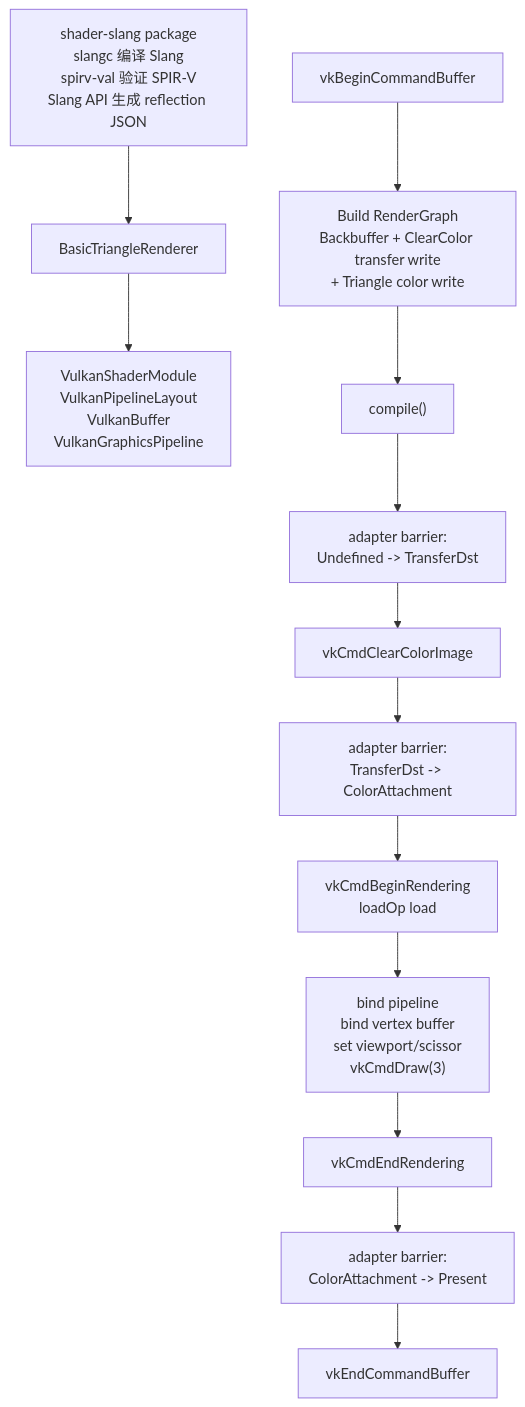
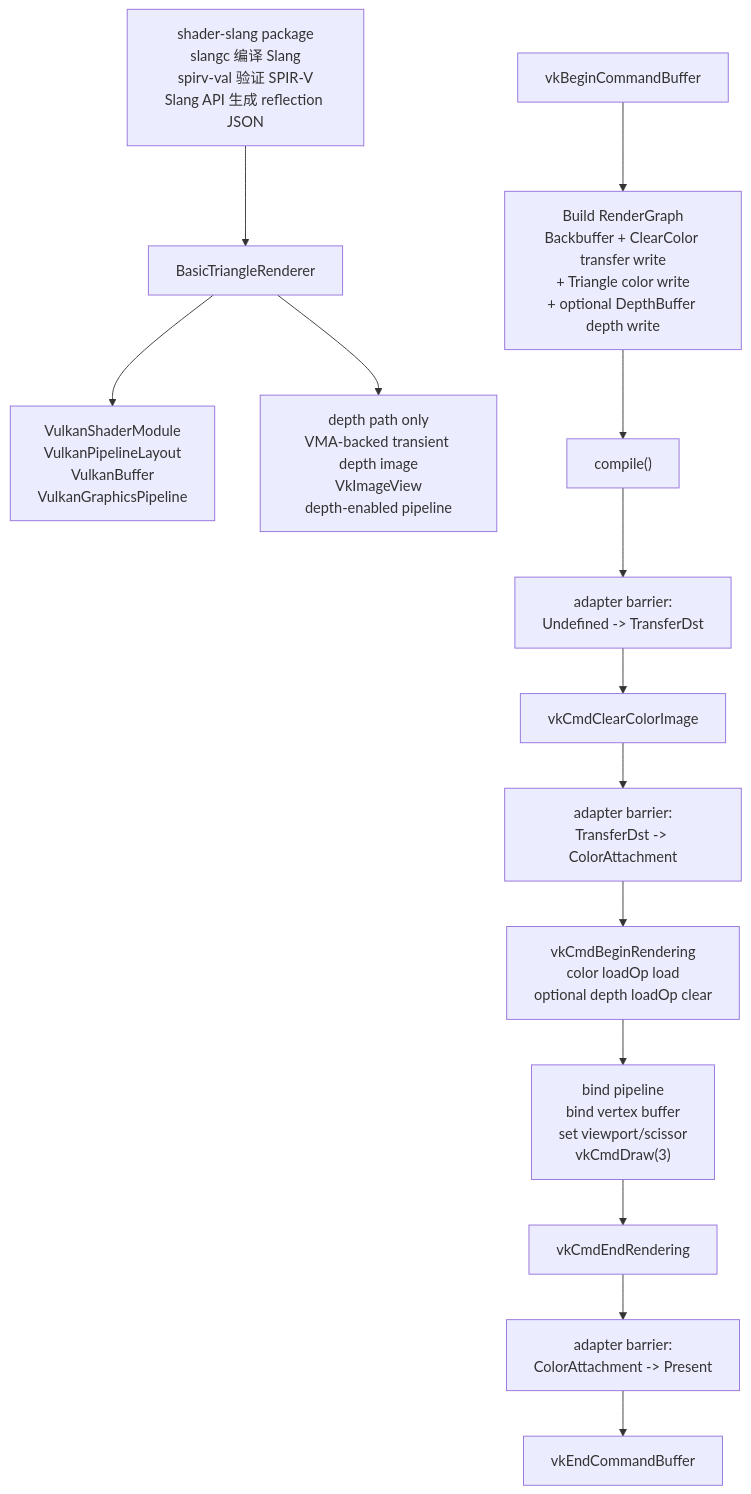
One commit to 66six11/Engine changed the sixth of 11 diagrams in docs/flow-architecture.md. Above: the diagram before and after it, drawn with Mermaid. The commit also changed other lines of this file and 8 other files, not shown here.

Commit message:
feat: add depth triangle smoke

````diff
--- a/docs/flow-architecture.md
+++ b/docs/flow-architecture.md
@@ -184,20 +193,22 @@
 ```mermaid
 flowchart TD
     ShaderBuild["shader-slang package<br/>slangc 编译 Slang<br/>spirv-val 验证 SPIR-V<br/>Slang API 生成 reflection JSON"]
     RendererObject["BasicTriangleRenderer"]
     PipelineObjects["VulkanShaderModule<br/>VulkanPipelineLayout<br/>VulkanBuffer<br/>VulkanGraphicsPipeline"]
+    DepthObjects["depth path only<br/>VMA-backed transient depth image<br/>VkImageView<br/>depth-enabled pipeline"]
     Begin["vkBeginCommandBuffer"]
-    BuildGraph["Build RenderGraph<br/>Backbuffer + ClearColor transfer write<br/>+ Triangle color write"]
+    BuildGraph["Build RenderGraph<br/>Backbuffer + ClearColor transfer write<br/>+ Triangle color write<br/>+ optional DepthBuffer depth write"]
     Compile["compile()"]
     ToTransfer["adapter barrier:<br/>Undefined -> TransferDst"]
     Clear["vkCmdClearColorImage"]
     ToColor["adapter barrier:<br/>TransferDst -> ColorAttachment"]
-    BeginRendering["vkCmdBeginRendering<br/>loadOp load"]
+    BeginRendering["vkCmdBeginRendering<br/>color loadOp load<br/>optional depth loadOp clear"]
     Draw["bind pipeline<br/>bind vertex buffer<br/>set viewport/scissor<br/>vkCmdDraw(3)"]
     EndRendering["vkCmdEndRendering"]
     ToPresent["adapter barrier:<br/>ColorAttachment -> Present"]
     End["vkEndCommandBuffer"]
 
     ShaderBuild --> RendererObject --> PipelineObjects
+    RendererObject --> DepthObjects
     Begin --> BuildGraph --> Compile --> ToTransfer --> Clear --> ToColor --> BeginRendering --> Draw --> EndRendering --> ToPresent --> End
 ```
````
